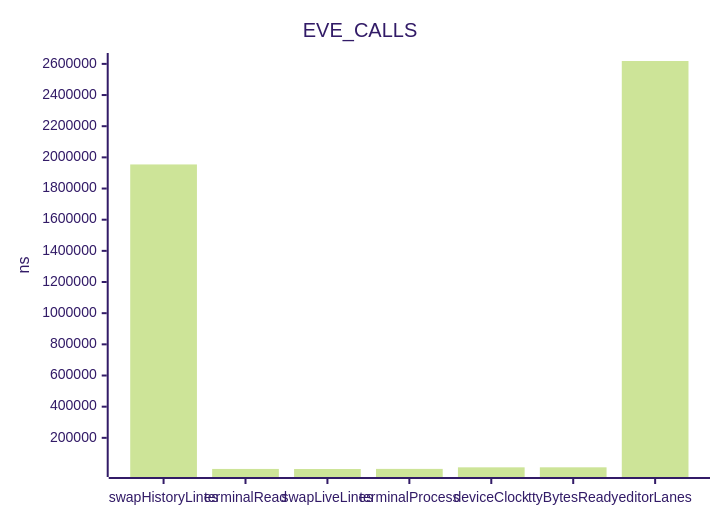
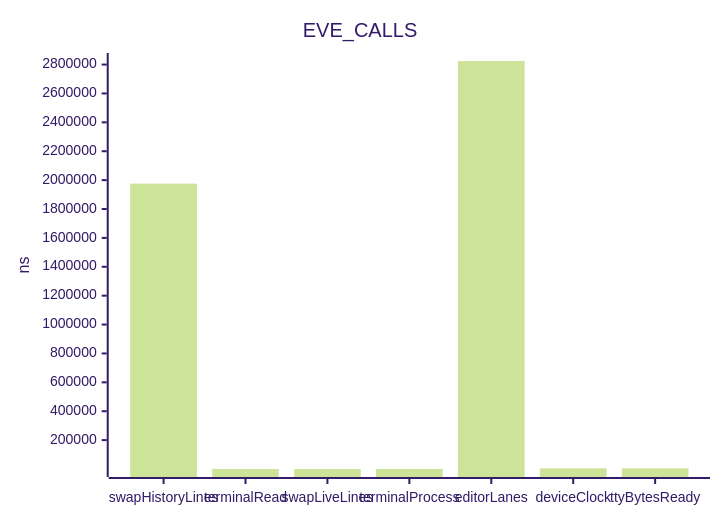
Before and after one commit to jrengmusic/eve: the third of 10 diagrams in benchmark/live-report.md, drawn with Mermaid (forest theme). The commit also changed other lines of this file and 28 other files, not shown here.

````diff
--- a/benchmark/live-report.md
+++ b/benchmark/live-report.md
@@ -1681,7 +1685,7 @@
 ```mermaid
 xychart-beta
 title "EVE_CALLS"
-x-axis ["swapHistoryLines", "terminalRead", "swapLiveLines", "terminalProcess", "deviceClock", "ttyBytesReady", "editorLanes"]
+x-axis ["swapHistoryLines", "terminalRead", "swapLiveLines", "terminalProcess", "editorLanes", "deviceClock", "ttyBytesReady"]
 y-axis "ns"
-bar [1954593.94924475997686386, 414.52419460988511446, 1.00542990111280273, 667.58720777827113579, 10681.39532445233817270, 10797.70809357159669162, 2618506.03651429526507854]
+bar [1975878.08187300921417773, 376.02571093426735160, 1.00542990111280273, 543.42514037210219158, 2824741.66088199475780129, 4589.31303386974923342, 4589.31303386974923342]
 ```
````
